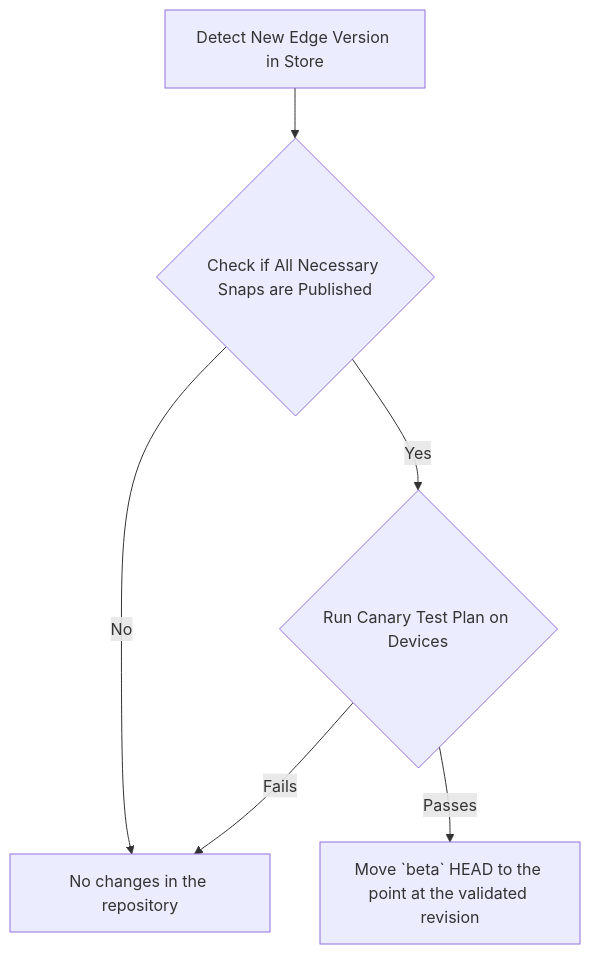
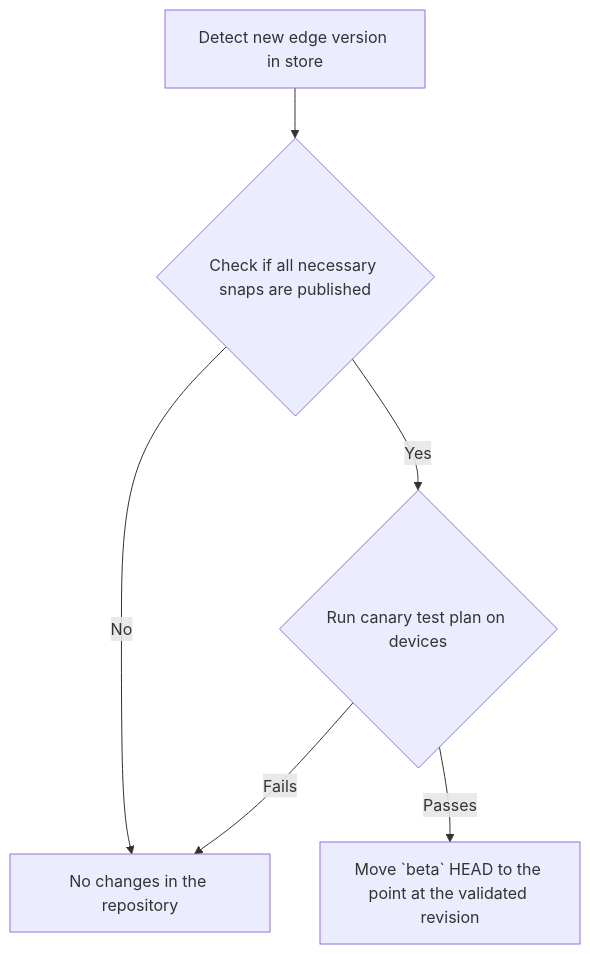
Before and after one commit to canonical/checkbox: the second of 3 diagrams in docs/explanation/release_process/validation_pipeline_execution.rst, drawn with Mermaid. The commit also changed other lines of this file and 26 other files, not shown here.

```diff
--- a/docs/explanation/release_process/validation_pipeline_execution.rst
+++ b/docs/explanation/release_process/validation_pipeline_execution.rst
@@ -39,15 +39,15 @@
 .. mermaid::
 
     graph TB
 
-        A[Detect New Edge Version in Store]
-        B{Check if All Necessary Snaps are Published}
-        C{Run Canary Test Plan on Devices}
+        A[Detect new edge version in store]
+        B{Check if all necessary snaps are published}
+        C{Run canary test plan on devices}
         D[No changes in the repository]
         E[Move `beta` HEAD to the point at the validated revision]
 
         A --> B
         B -->|No| D
         B -->|Yes| C
         C -->|Passes| E
         C -->|Fails| D
```
